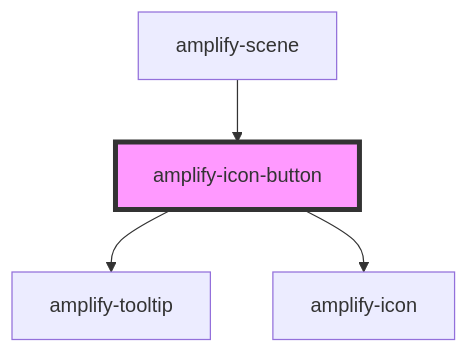
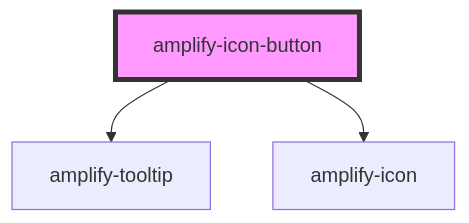
The diagram in packages/amplify-ui-components/src/components/amplify-icon-button/readme.md (OneDev0411/amplify-js), drawn with Mermaid before and after one commit. The commit also changed other lines of this file and 34 other files, not shown here.

````diff
--- a/packages/amplify-ui-components/src/components/amplify-icon-button/readme.md
+++ b/packages/amplify-ui-components/src/components/amplify-icon-button/readme.md
@@ -27,7 +23,6 @@
 ```mermaid
 graph TD;
   amplify-icon-button --> amplify-tooltip
   amplify-icon-button --> amplify-icon
-  amplify-scene --> amplify-icon-button
   style amplify-icon-button fill:#f9f,stroke:#333,stroke-width:4px
 ```
````
